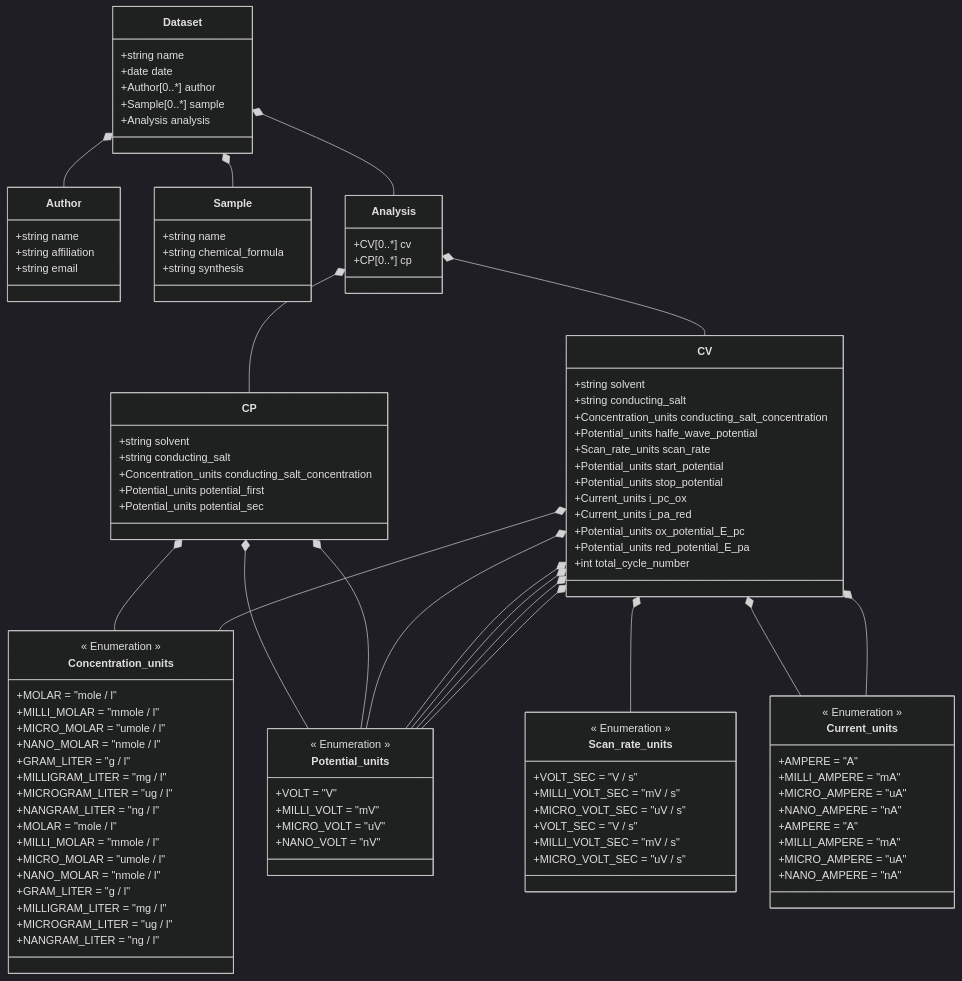
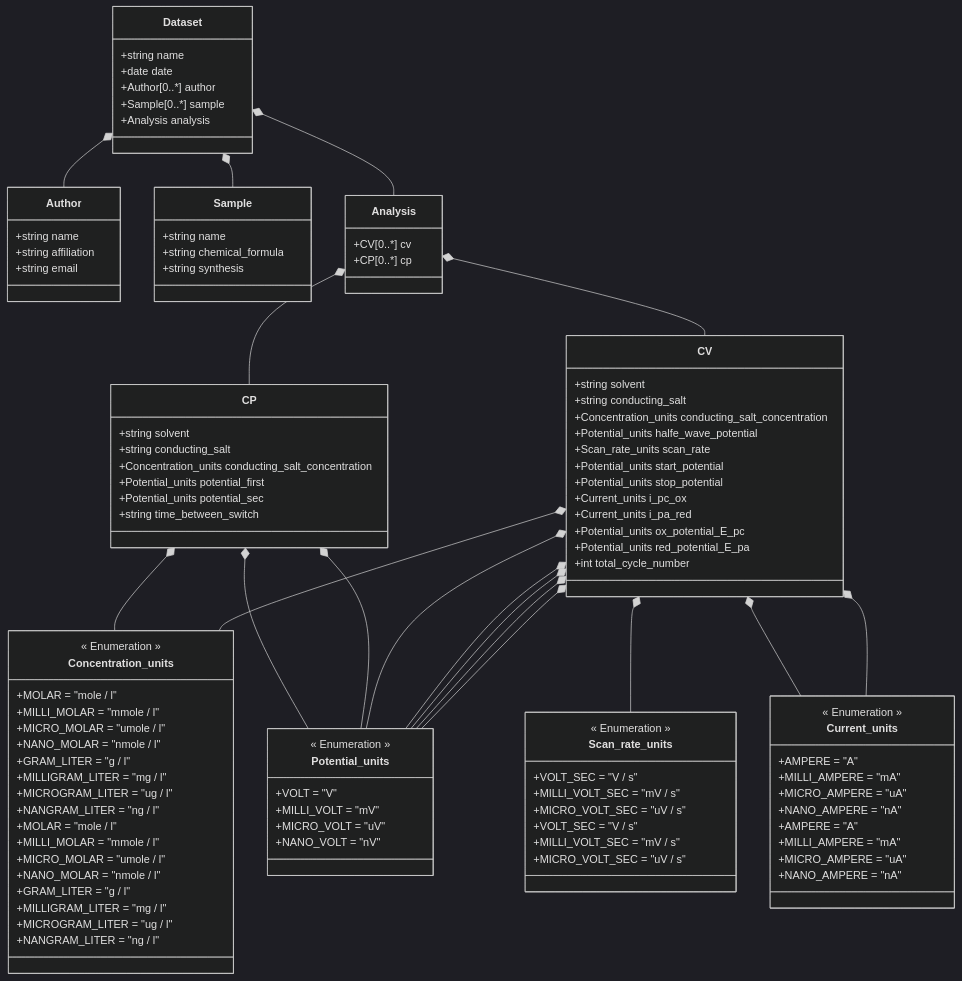
Before and after one commit to FAIRChemistry/datamodel-electrochemistry: the diagram in ElectrochemistryDataModel/schemes/Datamodel for Electrochemistry.md, drawn with Mermaid (dark theme). The commit also changed 7 other files, not shown here.

```diff
--- a/ElectrochemistryDataModel/schemes/Datamodel for Electrochemistry.md
+++ b/ElectrochemistryDataModel/schemes/Datamodel for Electrochemistry.md
@@ -43,6 +43,7 @@
         +Concentration_units conducting_salt_concentration
         +Potential_units potential_first
         +Potential_units potential_sec
+        +string time_between_switch
     }
     
     class CV {
```
